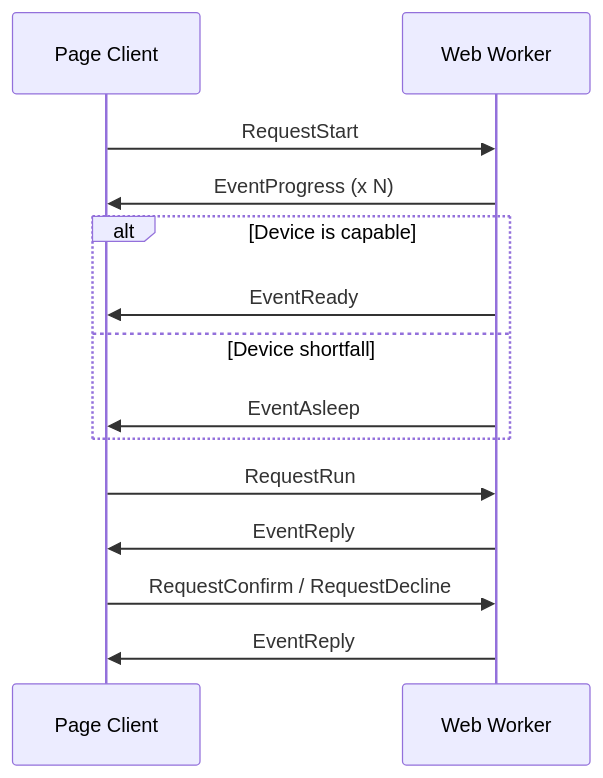
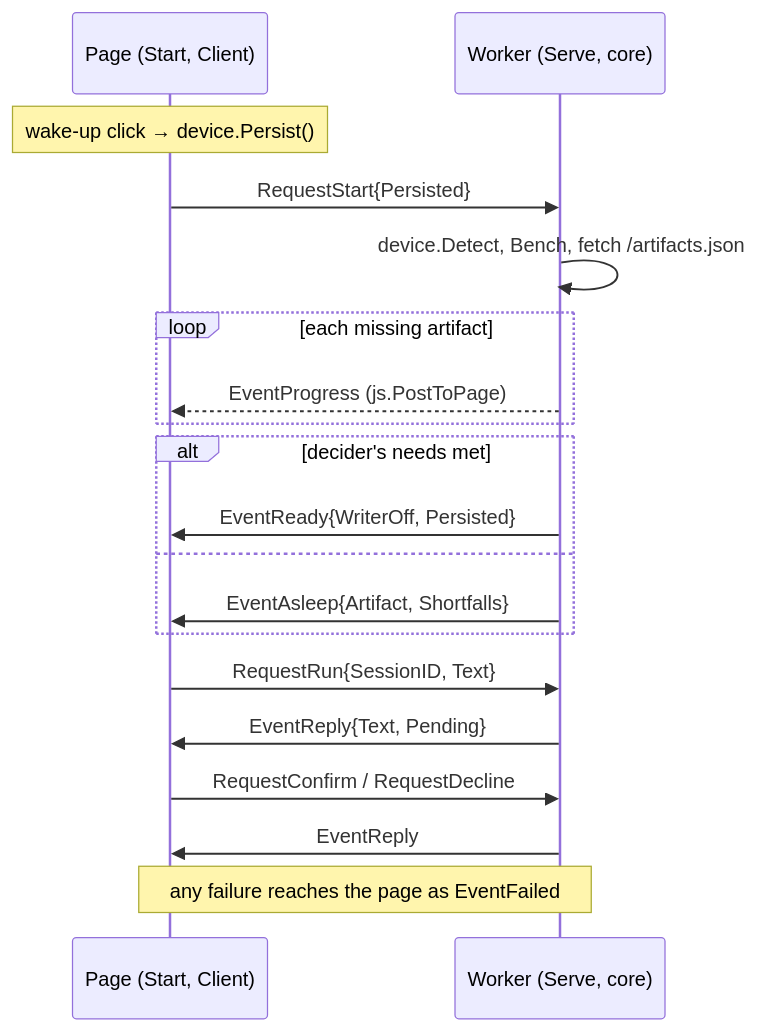
One commit to webtyp/agentworker changed the diagram in docs/ARCHITECTURE.md. Above: the diagram before and after it, drawn with Mermaid. The commit also changed other lines of this file and 13 other files, not shown here.

````diff
--- a/docs/ARCHITECTURE.md
+++ b/docs/ARCHITECTURE.md
@@ -5,19 +10,22 @@
 ```mermaid
 sequenceDiagram
-    participant Page as Page Client
-    participant Worker as Web Worker
+    participant P as Page (Start, Client)
+    participant W as Worker (Serve, core)
 
-    Page->>Worker: RequestStart
-    Worker->>Page: EventProgress (x N)
-    alt Device is capable
-        Worker->>Page: EventReady
-    else Device shortfall
-        Worker->>Page: EventAsleep
+    Note over P: wake-up click → device.Persist()
+    P->>W: RequestStart{Persisted}
+    W->>W: device.Detect, Bench, fetch /artifacts.json
+    loop each missing artifact
+        W-->>P: EventProgress (js.PostToPage)
     end
-
-    Page->>Worker: RequestRun
-    Worker->>Page: EventReply
-
-    Page->>Worker: RequestConfirm / RequestDecline
-    Worker->>Page: EventReply
+    alt decider's needs met
+        W->>P: EventReady{WriterOff, Persisted}
+    else
+        W->>P: EventAsleep{Artifact, Shortfalls}
+    end
+    P->>W: RequestRun{SessionID, Text}
+    W->>P: EventReply{Text, Pending}
+    P->>W: RequestConfirm / RequestDecline
+    W->>P: EventReply
+    Note over P,W: any failure reaches the page as EventFailed
 ```
````
